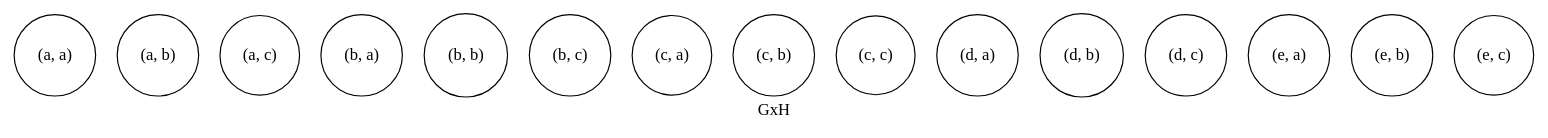
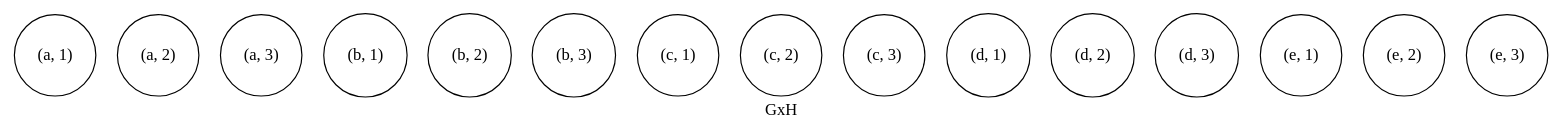
Before and after one commit to h4tguy/gt-hons: the diagram in tut1/115/115bGH2.dot, drawn with Graphviz. The commit also changed 15 other files, not shown here.

Commit message:
more consistent graph labelling

```diff
--- a/tut1/115/115bGH2.dot
+++ b/tut1/115/115bGH2.dot
@@ -1,30 +1,30 @@
 graph GH {
     overlap=false
     splines=true
     node [shape=circle]
     label="GxH"
 
     edge [len=2]
 
     edge [weight=2]
     edge [len=1]
-    "(a, a)"
-    "(a, b)"
-    "(a, c)"
+    "(a, 1)"
+    "(a, 2)"
+    "(a, 3)"
 
-    "(b, a)"
-    "(b, b)"
-    "(b, c)"
+    "(b, 1)"
+    "(b, 2)"
+    "(b, 3)"
 
-    "(c, a)"
-    "(c, b)"
-    "(c, c)"
+    "(c, 1)"
+    "(c, 2)"
+    "(c, 3)"
 
-    "(d, a)"
-    "(d, b)"
-    "(d, c)"
+    "(d, 1)"
+    "(d, 2)"
+    "(d, 3)"
 
-    "(e, a)"
-    "(e, b)"
-    "(e, c)"
+    "(e, 1)"
+    "(e, 2)"
+    "(e, 3)"
 }
```
